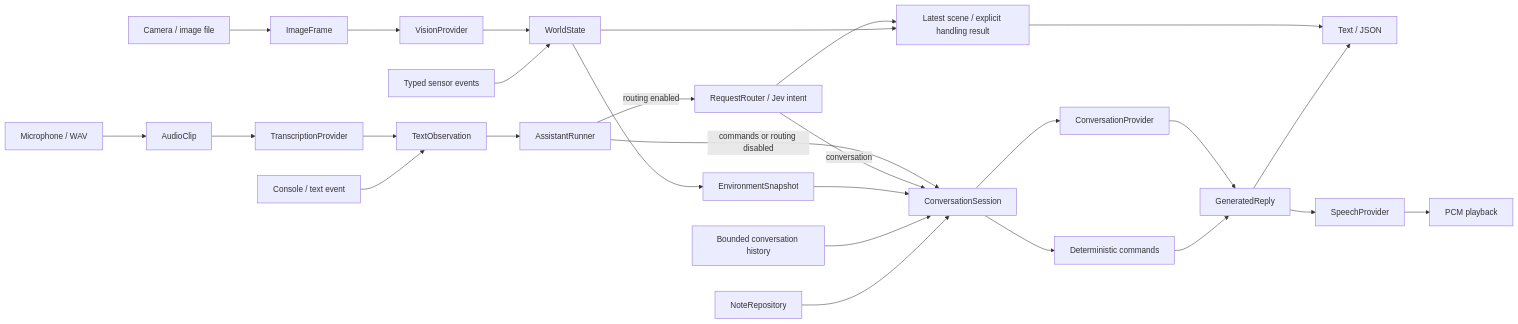
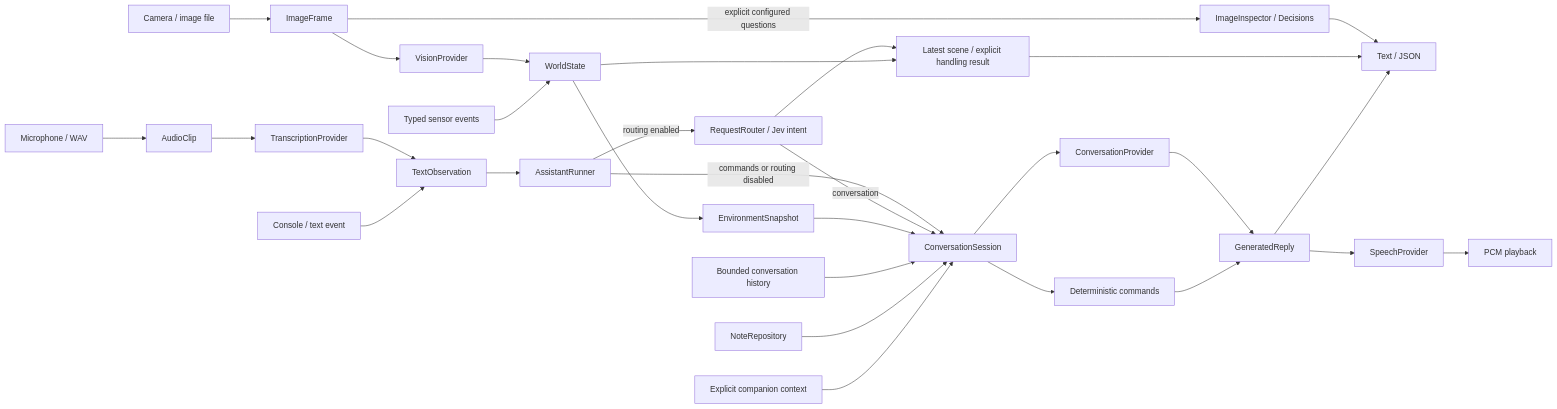
One commit to sriramsme/pragYantra changed the diagram in docs/architecture.md. Above: the diagram before and after it, drawn with Mermaid. The commit also changed other lines of this file and 40 other files, not shown here.

Commit message:
Add direct image judgments, companion context, and evaluation

````diff
--- a/docs/architecture.md
+++ b/docs/architecture.md
@@ -31,29 +31,32 @@
 ```mermaid
 flowchart LR
   camera[Camera / image file] --> frame[ImageFrame]
   frame --> vision[VisionProvider]
+  frame -->|explicit configured questions| direct[ImageInspector / Decisions]
+  direct --> stdout
   vision --> world[WorldState]
   sensors[Typed sensor events] --> world
   microphone[Microphone / WAV] --> clip[AudioClip]
   clip --> asr[TranscriptionProvider]
   asr --> text[TextObservation]
   console[Console / text event] --> text
   text --> runner[AssistantRunner]
   runner -->|commands or routing disabled| session[ConversationSession]
   runner -->|routing enabled| router[RequestRouter / Jev intent]
   router -->|conversation| session
   router --> inspection[Latest scene / explicit handling result]
   world --> inspection
   inspection --> stdout
   world --> snapshot[EnvironmentSnapshot]
   snapshot --> session
   history[Bounded conversation history] --> session
   notes[NoteRepository] --> session
+  companion[Explicit companion context] --> session
   session --> commands[Deterministic commands]
   session --> conversation[ConversationProvider]
   conversation --> reply[GeneratedReply]
   commands --> reply
   reply --> stdout[Text / JSON]
   reply --> tts[SpeechProvider]
   tts --> playback[PCM playback]
 ```
````
